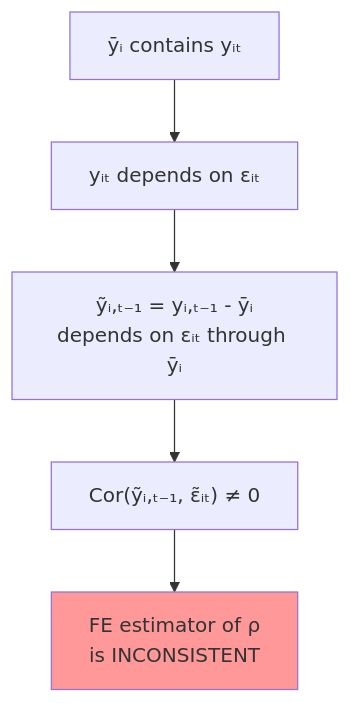
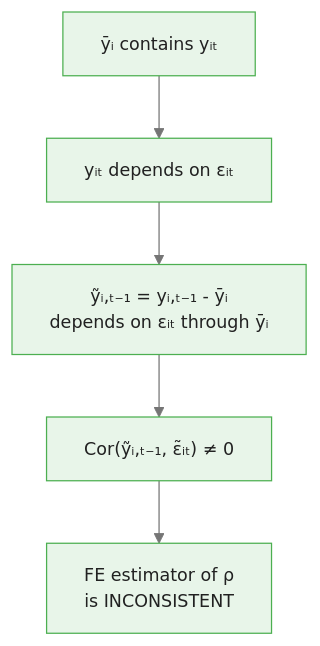
Before and after one commit to m-deane/course-creator: the first of 4 diagrams in courses/panel-regression/modules/module_05_advanced_topics/guides/02_nickell_bias_slides.md, drawn with Mermaid. The commit also changed other lines of this file and 79 other files, not shown here.

````diff
--- a/courses/panel-regression/modules/module_05_advanced_topics/guides/02_nickell_bias_slides.md
+++ b/courses/panel-regression/modules/module_05_advanced_topics/guides/02_nickell_bias_slides.md
@@ -35,9 +42,8 @@
 ```mermaid
+%%{init: {"theme": "base", "themeVariables": {"primaryColor": "#e8f5e9", "primaryBorderColor": "#4caf50", "primaryTextColor": "#212121", "secondaryColor": "#e3f2fd", "tertiaryColor": "#fff8e1", "lineColor": "#757575", "fontFamily": "Inter, sans-serif", "fontSize": "14px"}}}%%
 flowchart TD
     A["ȳᵢ contains yᵢₜ"] --> B["yᵢₜ depends on εᵢₜ"]
     B --> C["ỹᵢ,ₜ₋₁ = yᵢ,ₜ₋₁ - ȳᵢ<br/>depends on εᵢₜ through ȳᵢ"]
     C --> D["Cor(ỹᵢ,ₜ₋₁, ε̃ᵢₜ) ≠ 0"]
     D --> E["FE estimator of ρ<br/>is INCONSISTENT"]
-
-    style E fill:#f99
 ```
````
